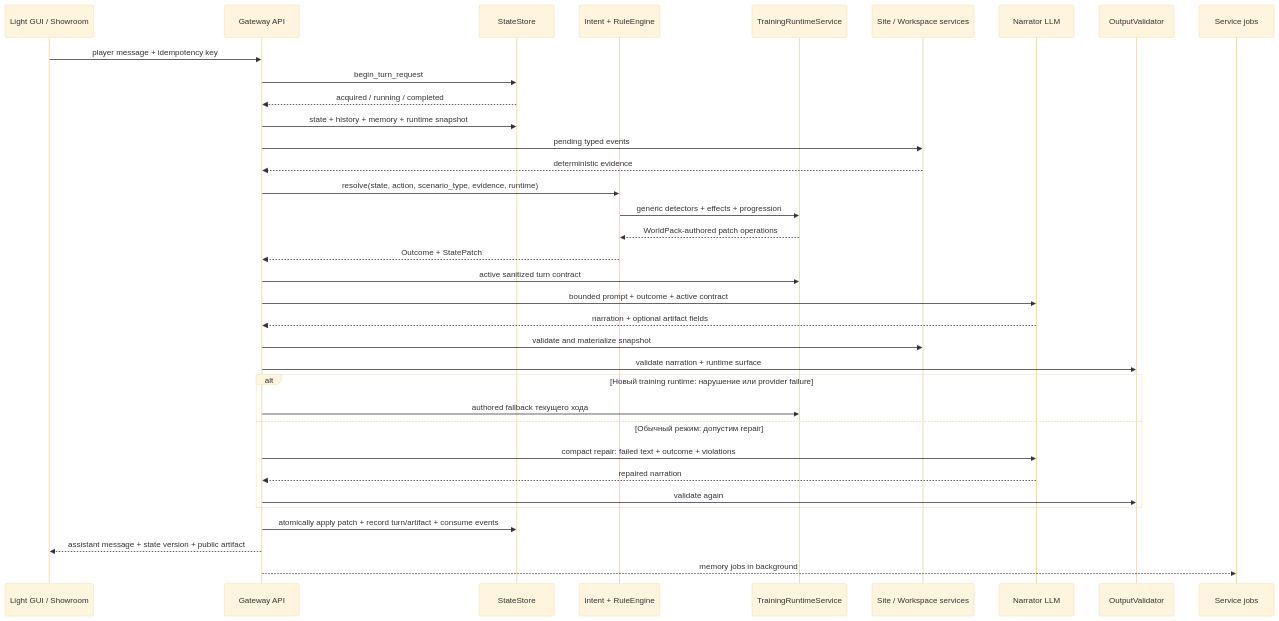
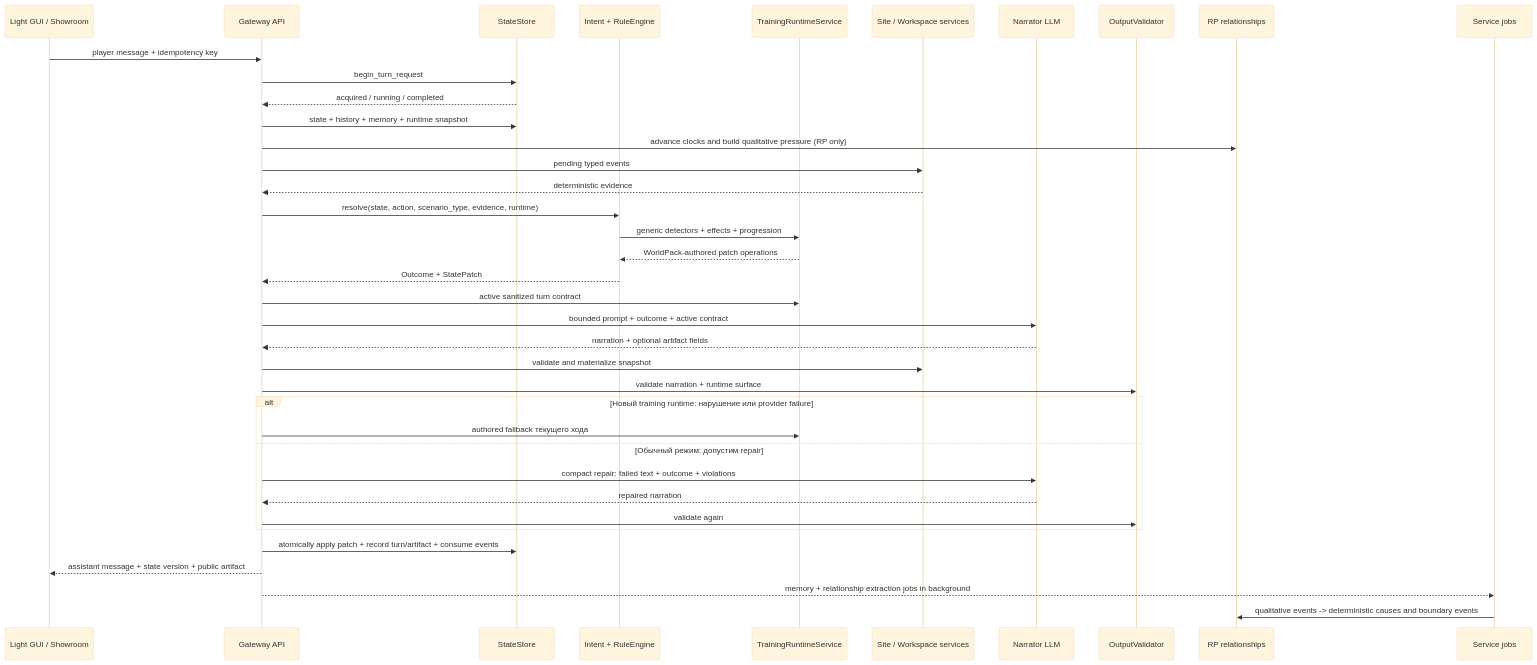
One commit to abykovwww-byte/ubuntu_ansible_palybooks changed the first of 2 diagrams in docs/wiki/03-turn-lifecycle.md. Above: the diagram before and after it, drawn with Mermaid (base theme). The commit also changed other lines of this file and 20 other files, not shown here.

Commit message:
feat: add RP relationship pressure layer

````diff
--- a/docs/wiki/03-turn-lifecycle.md
+++ b/docs/wiki/03-turn-lifecycle.md
@@ -7,38 +7,41 @@
 ```mermaid
 sequenceDiagram
     participant UI as Light GUI / Showroom
     participant API as Gateway API
     participant Store as StateStore
     participant Rules as Intent + RuleEngine
     participant Runtime as TrainingRuntimeService
     participant Art as Site / Workspace services
     participant LLM as Narrator LLM
     participant Val as OutputValidator
+    participant Rel as RP relationships
     participant Jobs as Service jobs
 
     UI->>API: player message + idempotency key
     API->>Store: begin_turn_request
     Store-->>API: acquired / running / completed
     API->>Store: state + history + memory + runtime snapshot
+    API->>Rel: advance clocks and build qualitative pressure (RP only)
     API->>Art: pending typed events
     Art-->>API: deterministic evidence
     API->>Rules: resolve(state, action, scenario_type, evidence, runtime)
     Rules->>Runtime: generic detectors + effects + progression
     Runtime-->>Rules: WorldPack-authored patch operations
     Rules-->>API: Outcome + StatePatch
     API->>Runtime: active sanitized turn contract
     API->>LLM: bounded prompt + outcome + active contract
     LLM-->>API: narration + optional artifact fields
     API->>Art: validate and materialize snapshot
     API->>Val: validate narration + runtime surface
     alt Новый training runtime: нарушение или provider failure
         API->>Runtime: authored fallback текущего хода
     else Обычный режим: допустим repair
         API->>LLM: compact repair: failed text + outcome + violations
         LLM-->>API: repaired narration
         API->>Val: validate again
     end
     API->>Store: atomically apply patch + record turn/artifact + consume events
     API-->>UI: assistant message + state version + public artifact
-    API-->>Jobs: memory jobs in background
+    API-->>Jobs: memory + relationship extraction jobs in background
+    Jobs->>Rel: qualitative events -> deterministic causes and boundary events
 ```
````
